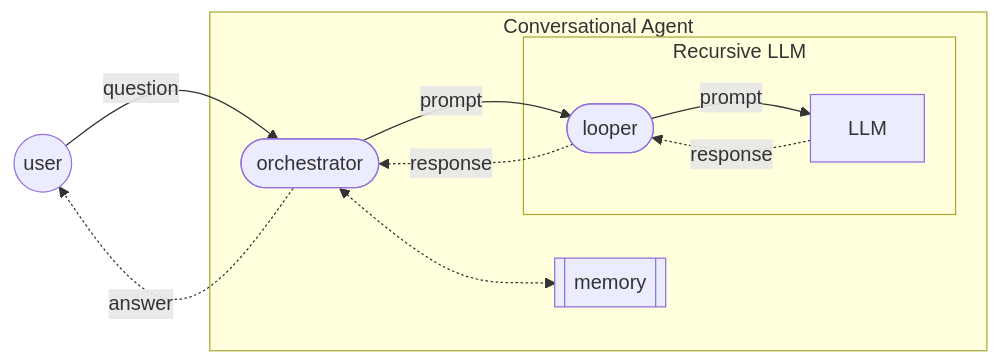
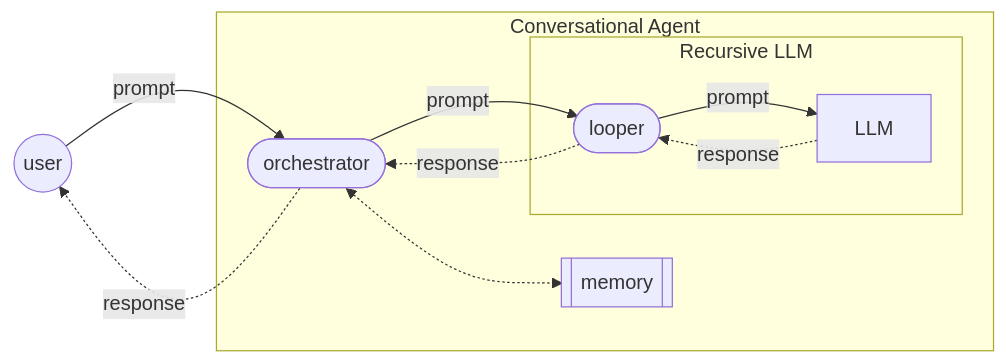
The third of 4 diagrams in l/LLMs.md (conmaol/maglocunus), drawn with Mermaid before and after one commit. The commit also changed other lines of this file, not shown here.

````diff
--- a/l/LLMs.md
+++ b/l/LLMs.md
@@ -105,19 +109,19 @@
 ```mermaid
 graph LR
   user(("user"))
   subgraph "Conversational Agent"
     orchestrator(["orchestrator"])
     memory[["memory"]]
+    orchestrator <-.-> memory
     subgraph "Recursive LLM"
       looper(["looper"])
       LLM["LLM"]
       looper -- "prompt" --> LLM
       LLM -. "response" .-> looper
     end
     orchestrator -- "prompt" --> looper
     looper -. "response" .-> orchestrator
-    orchestrator <-.-> memory
   end
-  user -- "question" --> orchestrator
-  orchestrator -. "answer" .-> user
+  user -- "prompt" --> orchestrator
+  orchestrator -. "response" .-> user
 ```
````
